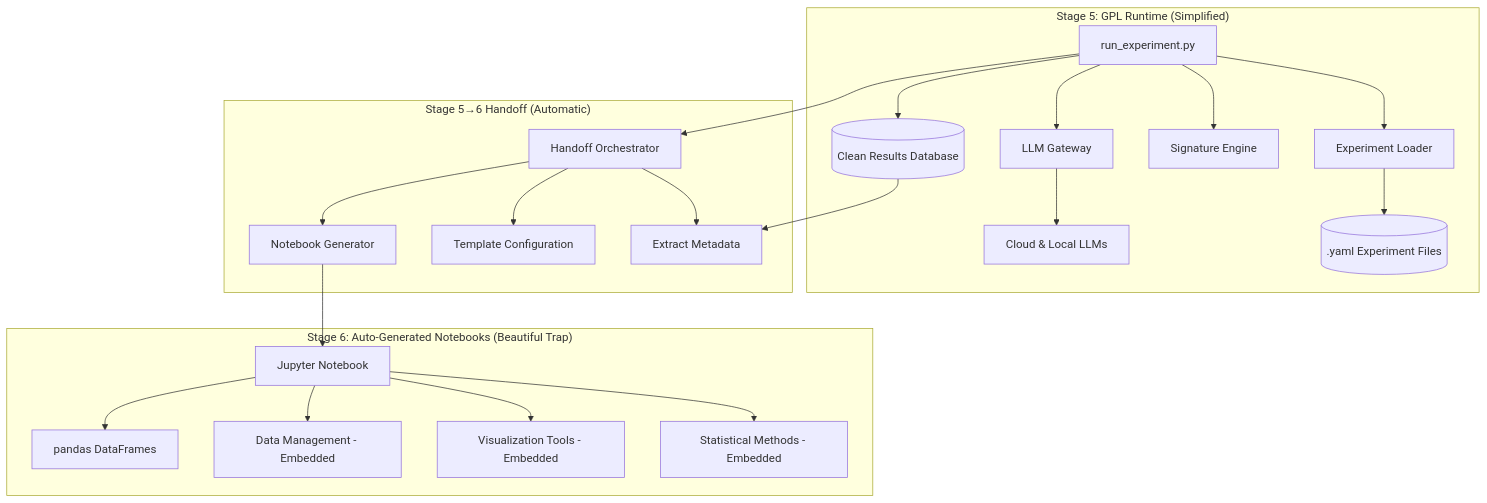
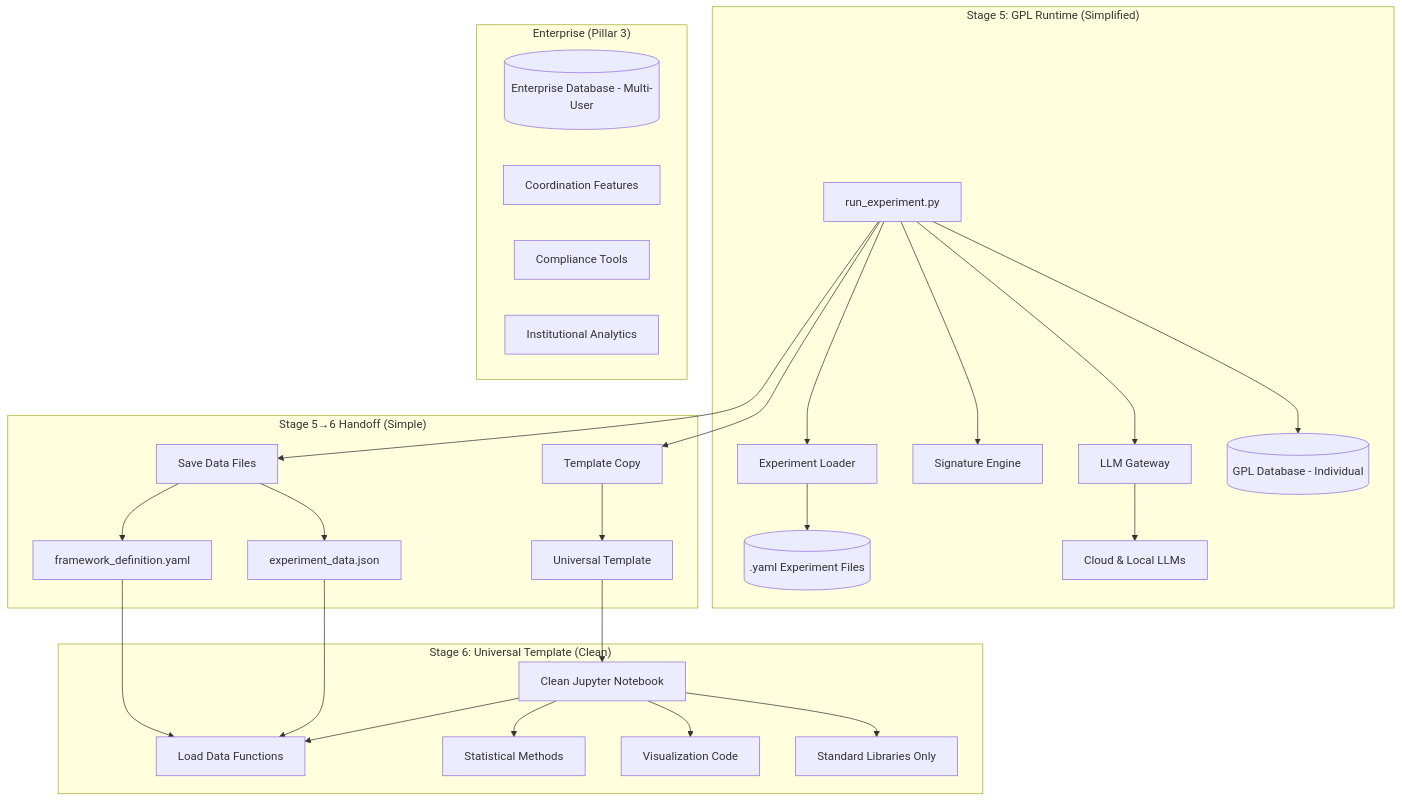
The diagram in 2_pm/planning/02_technical_implementation_plan.md (discernus/discernus), drawn with Mermaid before and after one commit. The commit also changed other lines of this file and 33 other files, not shown here.

First line of the commit message:
feat: replace broken handoff orchestrator with universal template system

````diff
--- a/2_pm/planning/02_technical_implementation_plan.md
+++ b/2_pm/planning/02_technical_implementation_plan.md
@@ -28,27 +32,36 @@
 ```mermaid
 graph TD
     subgraph "Stage 5: GPL Runtime (Simplified)"
         CLI[run_experiment.py] --> EL[Experiment Loader]
         EL --> YF[(.yaml Experiment Files)]
         CLI --> SE[Signature Engine]
         CLI --> LG[LLM Gateway]  
         LG --> LLM[Cloud & Local LLMs]
-        CLI --> DB[(Clean Results Database)]
+        CLI --> GPLDB[(GPL Database - Individual)]
     end
 
-    subgraph "Stage 5→6 Handoff (Automatic)"
-        CLI --> HO[Handoff Orchestrator]
-        HO --> EX[Extract Metadata]
-        HO --> TC[Template Configuration]  
-        HO --> NG[Notebook Generator]
-        DB --> EX
+    subgraph "Stage 5→6 Handoff (Simple)"
+        CLI --> TC[Template Copy]
+        TC --> UT[Universal Template]
+        CLI --> SD[Save Data Files]
+        SD --> JSON[experiment_data.json]
+        SD --> YAML[framework_definition.yaml]
     end
     
-    subgraph "Stage 6: Auto-Generated Notebooks (Beautiful Trap)"
-        NG --> NB[Jupyter Notebook]
-        NB --> SM[Statistical Methods - Embedded]
-        NB --> VIZ[Visualization Tools - Embedded]  
-        NB --> DM[Data Management - Embedded]
-        NB --> DF[pandas DataFrames]
+    subgraph "Stage 6: Universal Template (Clean)"
+        UT --> NB[Clean Jupyter Notebook]
+        NB --> LD[Load Data Functions]
+        NB --> SM[Statistical Methods]
+        NB --> VIZ[Visualization Code]  
+        NB --> STD[Standard Libraries Only]
+        JSON --> LD
+        YAML --> LD
+    end
+    
+    subgraph "Enterprise (Pillar 3)"
+        ENT[(Enterprise Database - Multi-User)]
+        COORD[Coordination Features]
+        COMP[Compliance Tools]
+        ANALYTICS[Institutional Analytics]
     end
 ```
````
